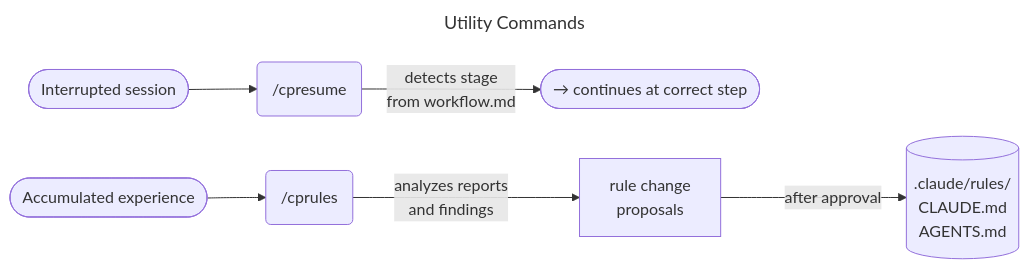
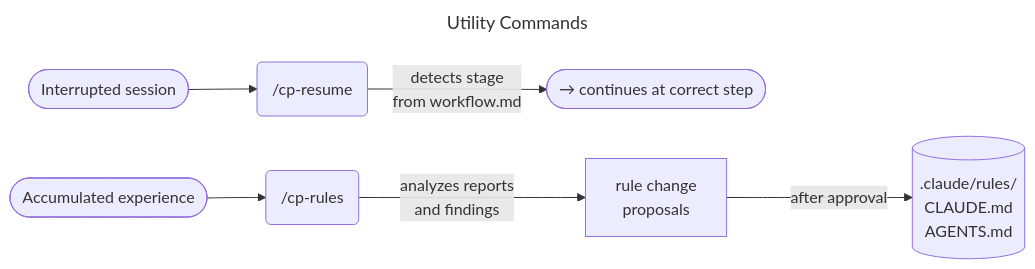
The third of 3 diagrams in README.md (unger1984/codepatrol), drawn with Mermaid before and after one commit. The commit also changed other lines of this file and 75 other files, not shown here.

````diff
--- a/README.md
+++ b/README.md
@@ -159,12 +167,12 @@
 ```mermaid
 ---
 title: Utility Commands
 ---
 flowchart LR
-    interrupted([Interrupted session]) --> cpresume("/cpresume")
-    cpresume -- "detects stage\nfrom workflow.md" --> resume_target(["→ continues at correct step"])
+    interrupted([Interrupted session]) --> cpresumen("/cp-resume")
+    cpresumen -- "detects stage\nfrom workflow.md" --> resume_target(["→ continues at correct step"])
 
-    experience([Accumulated experience]) --> cprules("/cprules")
-    cprules -- "analyzes reports\nand findings" --> proposals["rule change\nproposals"]
+    experience([Accumulated experience]) --> cprulesn("/cp-rules")
+    cprulesn -- "analyzes reports\nand findings" --> proposals["rule change\nproposals"]
     proposals -- "after approval" --> rules[(".claude/rules/\nCLAUDE.md\nAGENTS.md")]
 ```
````
